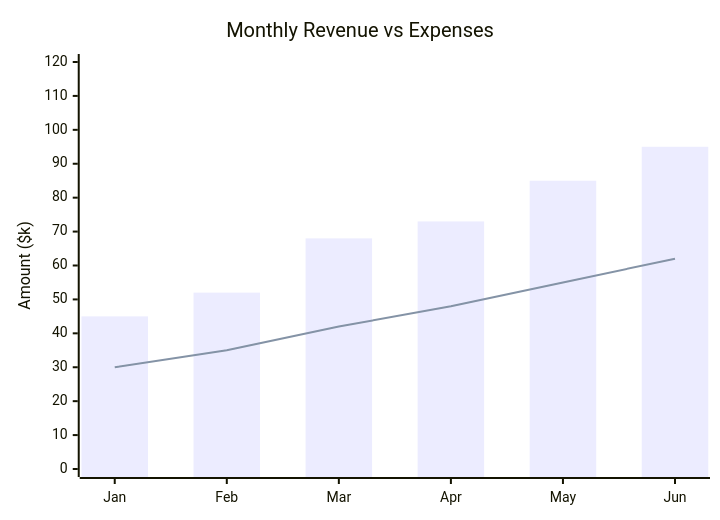
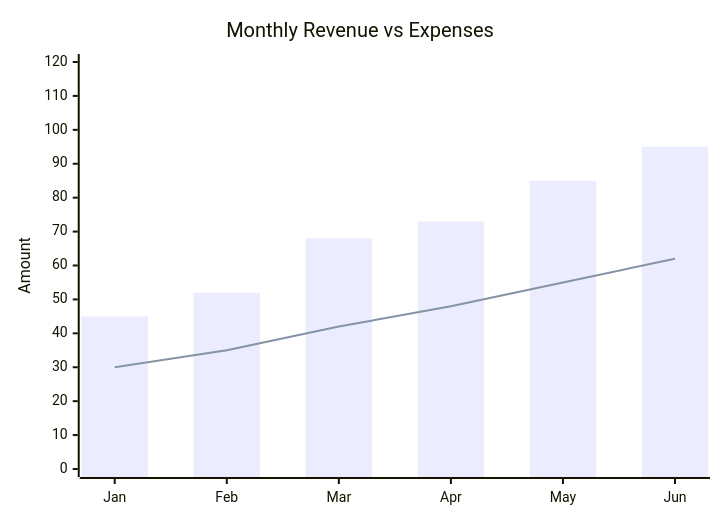
One commit to timk75/obsidian-beautiful-mermaid changed the sixth of 6 diagrams in showcase.md. Above: the diagram before and after it, drawn with Mermaid. The commit also changed other lines of this file and 11 other files, not shown here.

````diff
--- a/showcase.md
+++ b/showcase.md
@@ -218,8 +264,8 @@
 ```mermaid
 xychart-beta
     title "Monthly Revenue vs Expenses"
     x-axis [Jan, Feb, Mar, Apr, May, Jun]
-    y-axis "Amount ($k)" 0 --> 120
+    y-axis "Amount" 0 --> 120
     bar [45, 52, 68, 73, 85, 95]
     line [30, 35, 42, 48, 55, 62]
 ```
````
